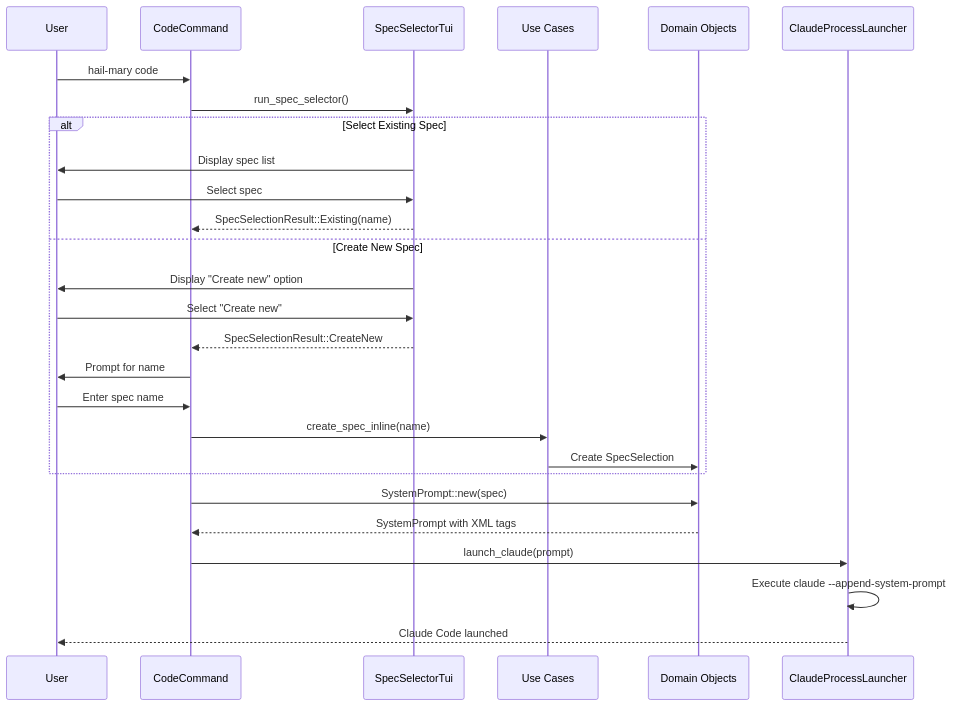
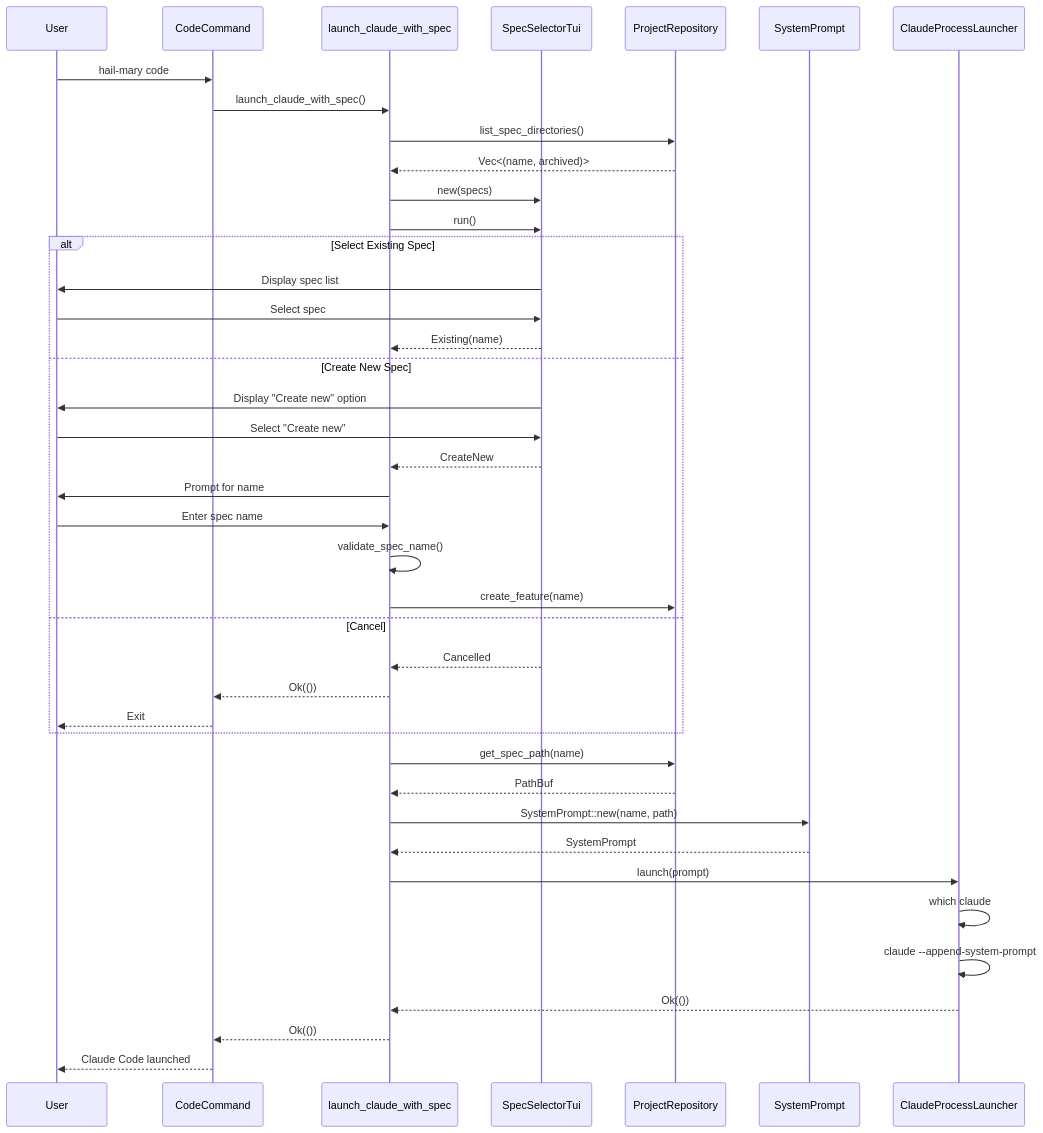
Before and after one commit to ashigirl96/hail-mary: the second of 2 diagrams in .kiro/specs/2025-09-05-code-commands/design.md, drawn with Mermaid. The commit also changed other lines of this file and 22 other files, not shown here.

First line of the commit message:
feat(code): implement hail-mary code command with TUI spec selection

````diff
--- a/.kiro/specs/2025-09-05-code-commands/design.md
+++ b/.kiro/specs/2025-09-05-code-commands/design.md
@@ -303,40 +459,54 @@
 ```mermaid
 %%{init: {
   'theme': 'dark',
   'themeCSS': '
     .nodeLabel { color: #FD971F !important; }
     .edgeLabel { color: #A6E22E !important; background-color: transparent !important; }
   '
 }}%%
 
 sequenceDiagram
     participant User
     participant CLI as CodeCommand
+    participant UC as launch_claude_with_spec
     participant TUI as SpecSelectorTui
-    participant UC as Use Cases
-    participant Domain as Domain Objects
+    participant Repo as ProjectRepository
+    participant Domain as SystemPrompt
     participant Process as ClaudeProcessLauncher
     
     User->>CLI: hail-mary code
-    CLI->>TUI: run_spec_selector()
+    CLI->>UC: launch_claude_with_spec()
+    UC->>Repo: list_spec_directories()
+    Repo-->>UC: Vec<(name, archived)>
+    UC->>TUI: new(specs)
+    UC->>TUI: run()
     
     alt Select Existing Spec
         TUI->>User: Display spec list
         User->>TUI: Select spec
-        TUI-->>CLI: SpecSelectionResult::Existing(name)
+        TUI-->>UC: Existing(name)
     else Create New Spec
         TUI->>User: Display "Create new" option
         User->>TUI: Select "Create new"
-        TUI-->>CLI: SpecSelectionResult::CreateNew
-        CLI->>User: Prompt for name
-        User->>CLI: Enter spec name
-        CLI->>UC: create_spec_inline(name)
-        UC->>Domain: Create SpecSelection
+        TUI-->>UC: CreateNew
+        UC->>User: Prompt for name
+        User->>UC: Enter spec name
+        UC->>UC: validate_spec_name()
+        UC->>Repo: create_feature(name)
+    else Cancel
+        TUI-->>UC: Cancelled
+        UC-->>CLI: Ok(())
+        CLI-->>User: Exit
     end
     
-    CLI->>Domain: SystemPrompt::new(spec)
-    Domain-->>CLI: SystemPrompt with XML tags
-    CLI->>Process: launch_claude(prompt)
-    Process->>Process: Execute claude --append-system-prompt
-    Process-->>User: Claude Code launched
+    UC->>Repo: get_spec_path(name)
+    Repo-->>UC: PathBuf
+    UC->>Domain: SystemPrompt::new(name, path)
+    Domain-->>UC: SystemPrompt
+    UC->>Process: launch(prompt)
+    Process->>Process: which claude
+    Process->>Process: claude --append-system-prompt
+    Process-->>UC: Ok(())
+    UC-->>CLI: Ok(())
+    CLI-->>User: Claude Code launched
 ```
````
